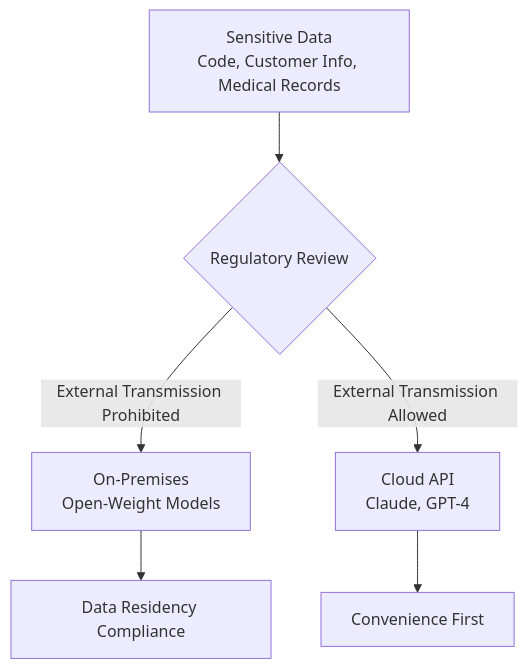
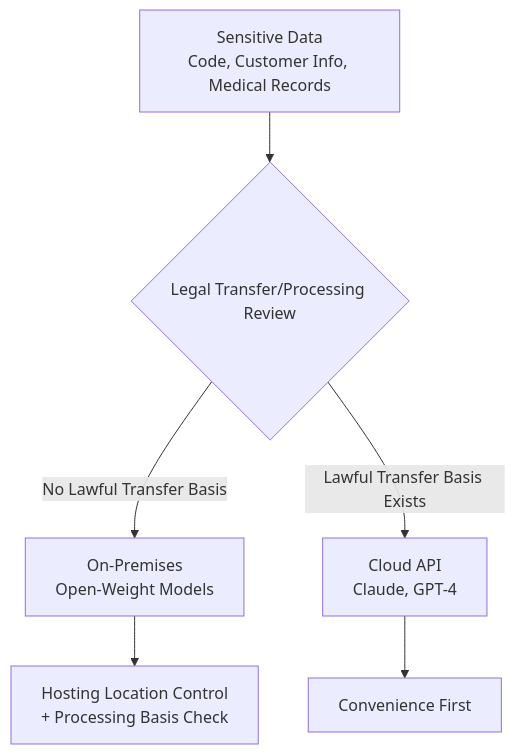
Before and after one commit to devfloor9/engineering-playbook: the first of 4 diagrams in docs/aidlc/toolchain/open-weight-models.md, drawn with Mermaid. The commit also changed other lines of this file and 3 other files, not shown here.

````diff
--- a/docs/aidlc/toolchain/open-weight-models.md
+++ b/docs/aidlc/toolchain/open-weight-models.md
@@ -32,8 +32,8 @@
 ```mermaid
 graph TD
-    A[Sensitive Data<br/>Code, Customer Info, Medical Records] --> B{Regulatory Review}
-    B -->|External Transmission Prohibited| C[On-Premises<br/>Open-Weight Models]
-    B -->|External Transmission Allowed| D[Cloud API<br/>Claude, GPT-4]
-    C --> E[Data Residency Compliance]
+    A[Sensitive Data<br/>Code, Customer Info, Medical Records] --> B{Legal Transfer/Processing Review}
+    B -->|No Lawful Transfer Basis| C[On-Premises<br/>Open-Weight Models]
+    B -->|Lawful Transfer Basis Exists| D[Cloud API<br/>Claude, GPT-4]
+    C --> E[Hosting Location Control<br/>+ Processing Basis Check]
     D --> F[Convenience First]
 ```
````
